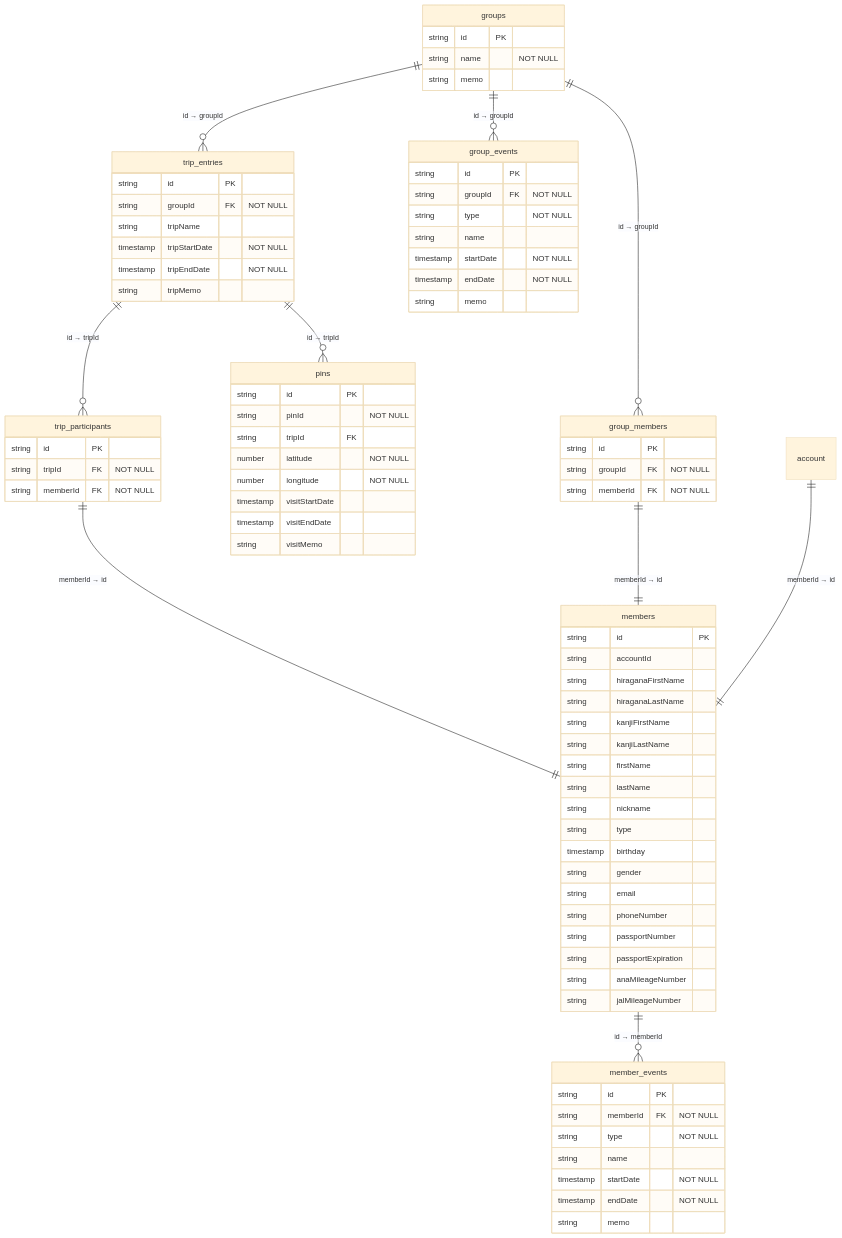
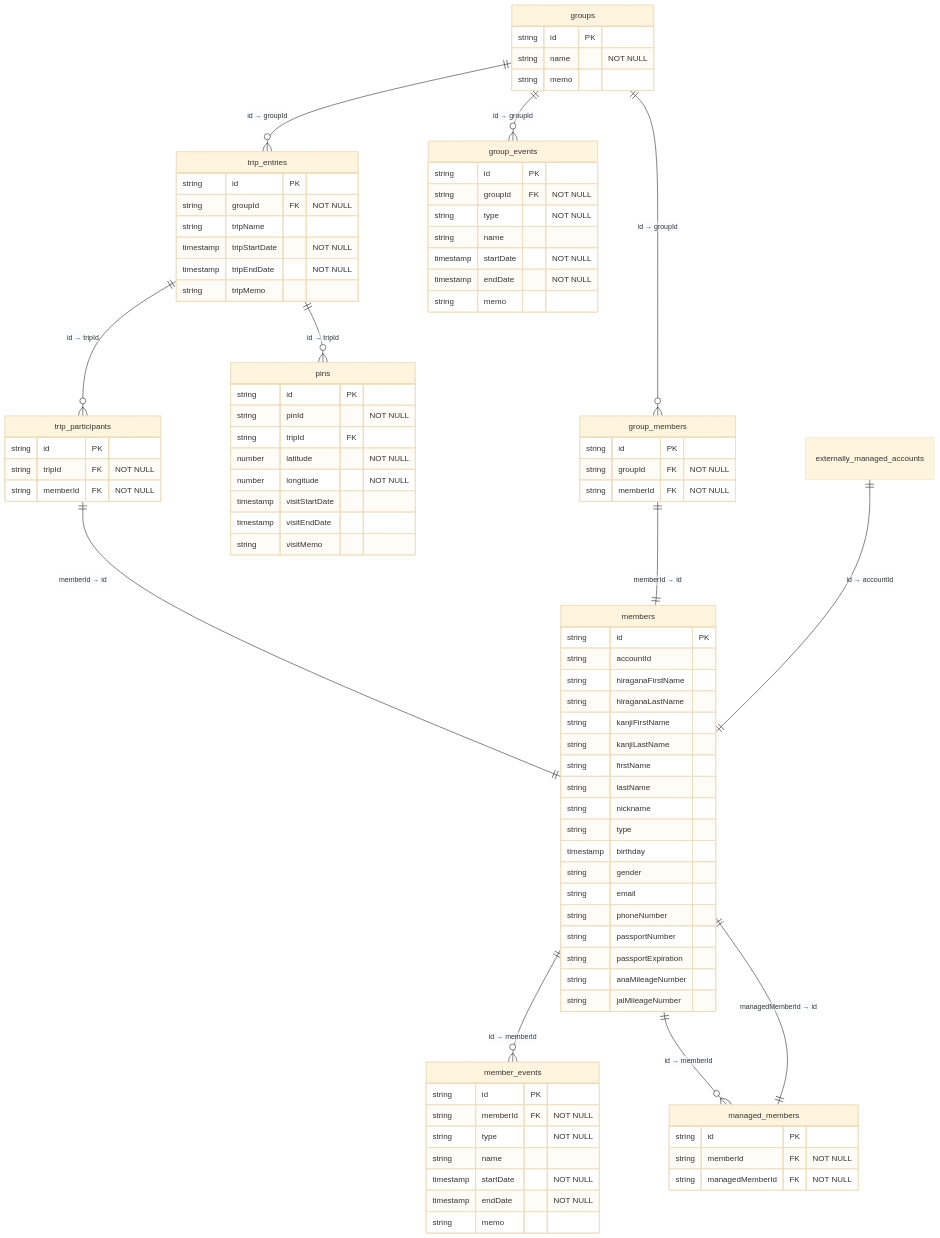
Before and after one commit to taka-016/memora: the diagram in doc/er_diagram.md, drawn with Mermaid (base theme). The commit also changed 7 other files, not shown here.

````diff
--- a/doc/er_diagram.md
+++ b/doc/er_diagram.md
@@ -73,6 +73,11 @@
         timestamp endDate "NOT NULL"
         string memo
     }
+    managed_members {
+        string id PK
+        string memberId FK "NOT NULL"
+        string managedMemberId FK "NOT NULL"
+    }
 
     trip_entries ||--o{ trip_participants : "id → tripId"
     trip_participants ||--|| members : "memberId → id"
@@ -82,5 +87,7 @@
     group_members ||--|| members : "memberId → id"
     groups ||--o{ group_events : "id → groupId"
     groups ||--o{ trip_entries : "id → groupId"
-    account ||--|| members : "memberId → id"
+    externally_managed_accounts ||--|| members : "id → accountId"
+    members ||--o{ managed_members : "id → memberId"
+    managed_members ||--|| members : "managedMemberId → id"
 ```
````
